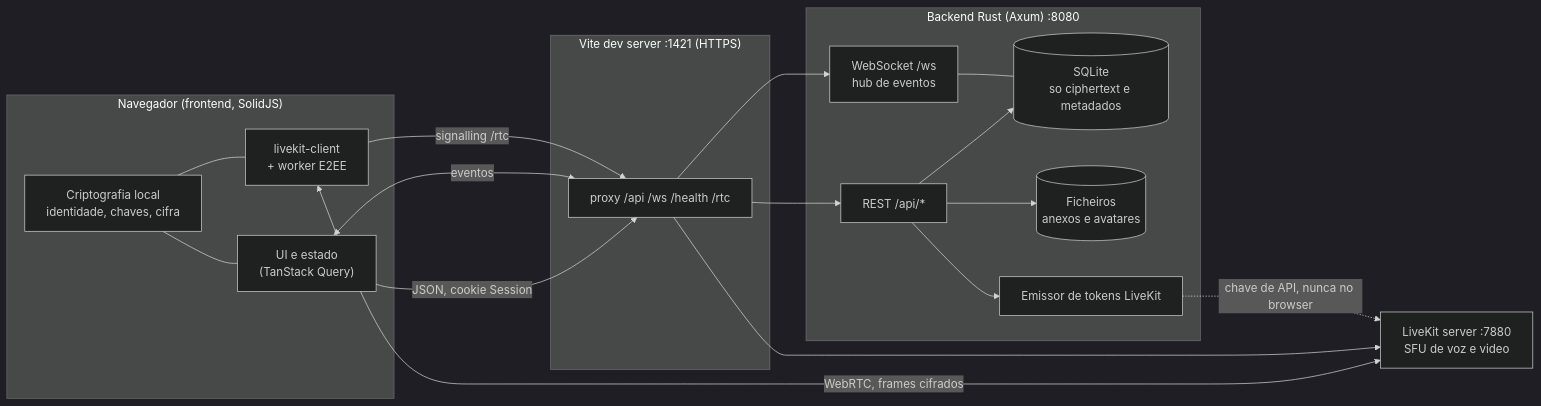
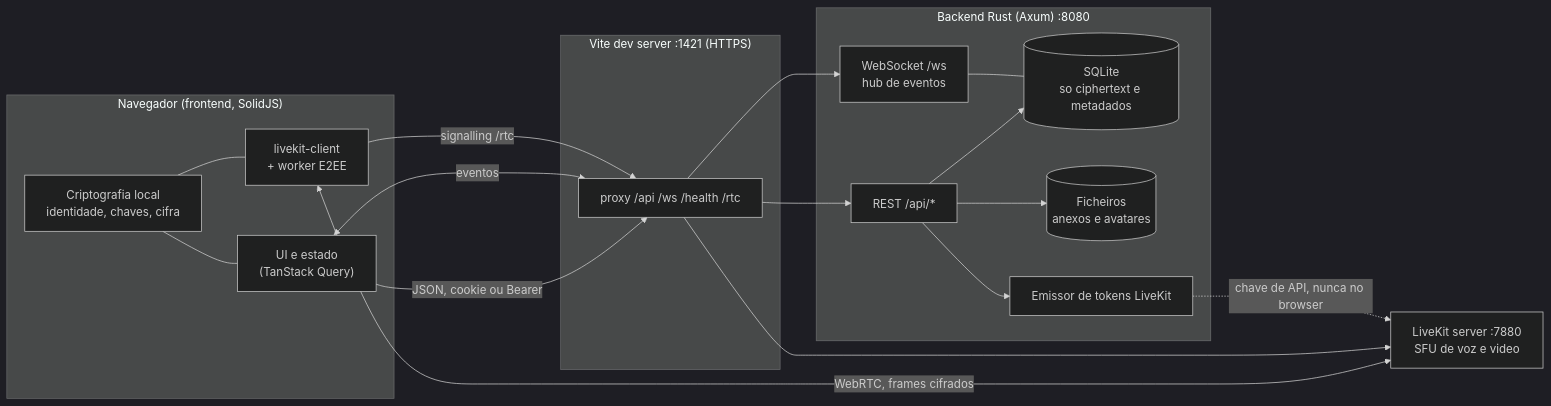
One commit to ricardopiloto/chat-app changed the first of 3 diagrams in README.md. Above: the diagram before and after it, drawn with Mermaid (dark theme). The commit also changed other lines of this file and 175 other files, not shown here.

````diff
--- a/README.md
+++ b/README.md
@@ -162,37 +167,37 @@
 ```mermaid
 flowchart LR
     subgraph Browser["Navegador (frontend, SolidJS)"]
         UI["UI e estado<br/>(TanStack Query)"]
         CR["Criptografia local<br/>identidade, chaves, cifra"]
         LK["livekit-client<br/>+ worker E2EE"]
     end
 
     subgraph Dev["Vite dev server :1421 (HTTPS)"]
         PX["proxy /api /ws /health /rtc"]
     end
 
     subgraph Backend["Backend Rust (Axum) :8080"]
         REST["REST /api/*"]
         WS["WebSocket /ws<br/>hub de eventos"]
         DB[("SQLite<br/>so ciphertext e metadados")]
         FS[("Ficheiros<br/>anexos e avatares")]
         TK["Emissor de tokens LiveKit"]
     end
 
     LKS["LiveKit server :7880<br/>SFU de voz e video"]
 
-    UI -->|JSON, cookie Session| PX
+    UI -->|JSON, cookie ou Bearer| PX
     UI <-->|eventos| PX
     PX --> REST
     PX --> WS
     REST --> DB
     REST --> FS
     REST --> TK
     WS --- DB
     LK <-->|WebRTC, frames cifrados| LKS
     LK -->|signalling /rtc| PX
     PX --> LKS
     TK -.->|chave de API, nunca no browser| LKS
     CR --- UI
     CR --- LK
 ```
````
